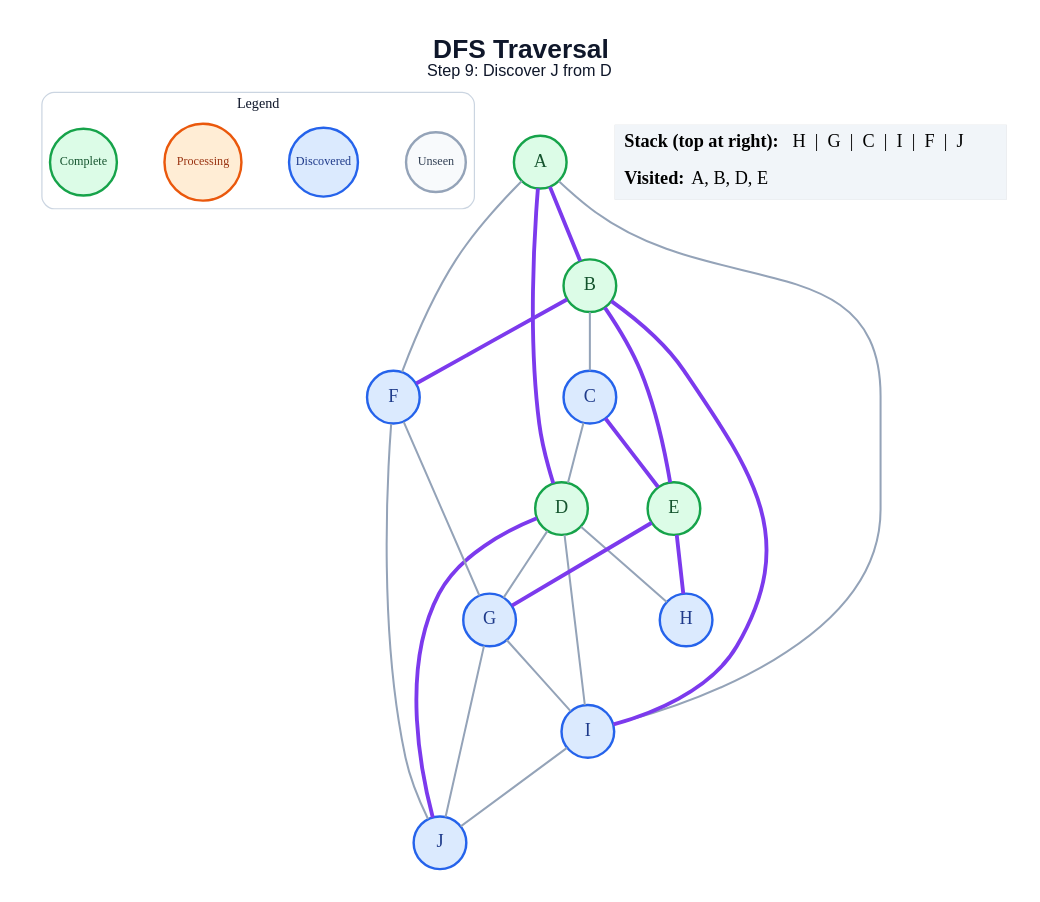
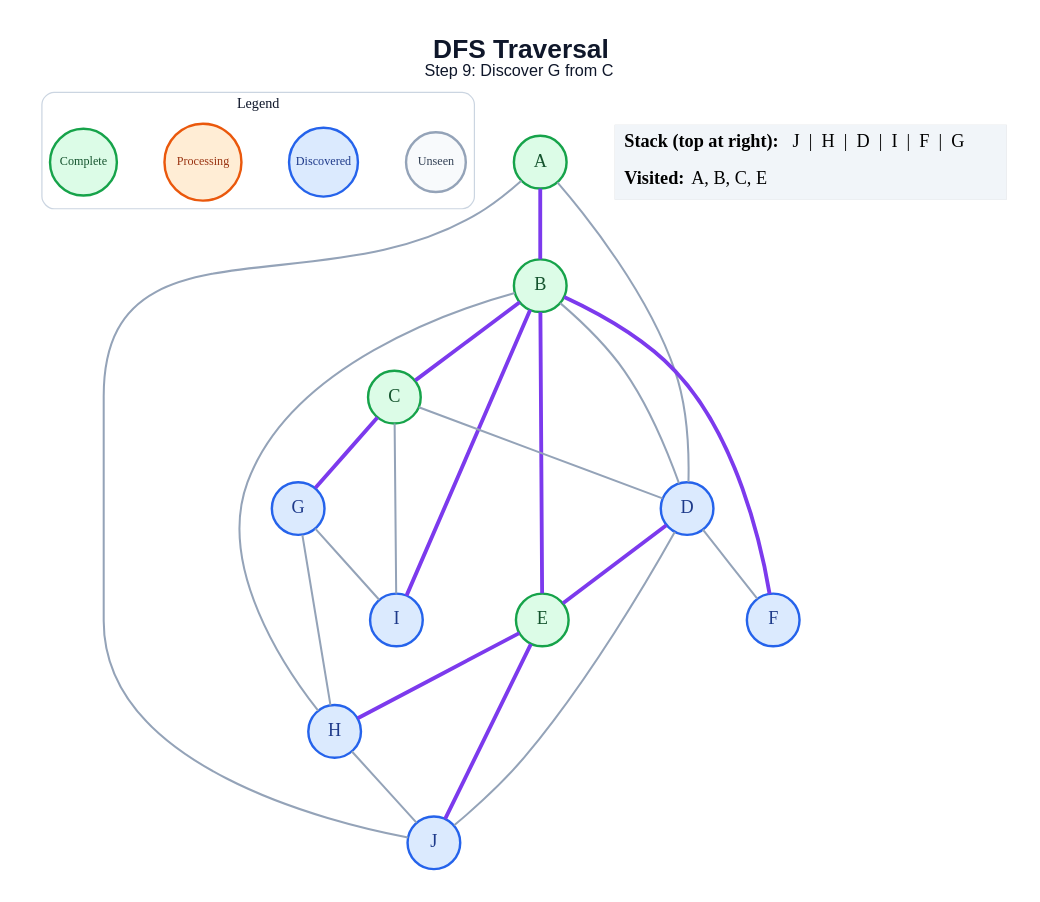
Before and after one commit to amanghodawala9/ai-slop: the diagram in generated/specific-node/dfs/step_09.dot, drawn with Graphviz. The commit also changed 178 other files, not shown here.

```diff
--- a/generated/specific-node/dfs/step_09.dot
+++ b/generated/specific-node/dfs/step_09.dot
@@ -1,50 +1,49 @@
 graph traversal {
   graph [layout=dot, rankdir=TB, bgcolor="#FFFFFF", pad="0.35", nodesep="0.65", ranksep="0.8", fontname="Arial"];
   node [shape=circle, style="filled", fontname="Arial Bold", fontsize=18, width=0.72, fixedsize=true, penwidth=2.4];
   edge [color="#94A3B8", penwidth=2.0];
-  label=<<B>DFS Traversal</B><BR/><FONT POINT-SIZE="16">Step 9: Discover J from D</FONT>>; labelloc="t"; fontsize=26; fontname="Arial"; fontcolor="#0F172A";
+  label=<<B>DFS Traversal</B><BR/><FONT POINT-SIZE="16">Step 9: Discover G from C</FONT>>; labelloc="t"; fontsize=26; fontname="Arial"; fontcolor="#0F172A";
   subgraph cluster_legend { label="Legend"; color="#CBD5E1"; penwidth=1.2; style="rounded"; fontsize=14; fontname="Arial Bold";
     key_unseen [label="Unseen", fillcolor="#F8FAFC", color="#94A3B8", fontcolor="#334155", fontsize=12, width=0.82];
     key_frontier [label="Discovered", fillcolor="#DBEAFE", color="#2563EB", fontcolor="#1E3A8A", fontsize=12, width=0.95];
     key_current [label="Processing", fillcolor="#FFEDD5", color="#EA580C", fontcolor="#9A3412", fontsize=12, width=1.05];
     key_done [label="Complete", fillcolor="#DCFCE7", color="#16A34A", fontcolor="#14532D", fontsize=12, width=0.92];
     { rank=same; key_unseen; key_frontier; key_current; key_done; }
   }
   A [fillcolor="#DCFCE7", color="#16A34A", fontcolor="#14532D"];
   B [fillcolor="#DCFCE7", color="#16A34A", fontcolor="#14532D"];
-  C [fillcolor="#DBEAFE", color="#2563EB", fontcolor="#1E3A8A"];
-  D [fillcolor="#DCFCE7", color="#16A34A", fontcolor="#14532D"];
+  C [fillcolor="#DCFCE7", color="#16A34A", fontcolor="#14532D"];
+  D [fillcolor="#DBEAFE", color="#2563EB", fontcolor="#1E3A8A"];
   E [fillcolor="#DCFCE7", color="#16A34A", fontcolor="#14532D"];
   F [fillcolor="#DBEAFE", color="#2563EB", fontcolor="#1E3A8A"];
   G [fillcolor="#DBEAFE", color="#2563EB", fontcolor="#1E3A8A"];
   H [fillcolor="#DBEAFE", color="#2563EB", fontcolor="#1E3A8A"];
   I [fillcolor="#DBEAFE", color="#2563EB", fontcolor="#1E3A8A"];
   J [fillcolor="#DBEAFE", color="#2563EB", fontcolor="#1E3A8A"];
   A -- B [color="#7C3AED", penwidth=3.8];
-  A -- D [color="#7C3AED", penwidth=3.8];
-  A -- F;
-  A -- I;
-  B -- C;
+  A -- D;
+  A -- J;
+  B -- C [color="#7C3AED", penwidth=3.8];
+  B -- D;
   B -- E [color="#7C3AED", penwidth=3.8];
   B -- F [color="#7C3AED", penwidth=3.8];
+  B -- H;
   B -- I [color="#7C3AED", penwidth=3.8];
   C -- D;
-  C -- E [color="#7C3AED", penwidth=3.8];
-  D -- G;
-  D -- H;
-  D -- I;
-  D -- J [color="#7C3AED", penwidth=3.8];
-  E -- G [color="#7C3AED", penwidth=3.8];
+  C -- G [color="#7C3AED", penwidth=3.8];
+  C -- I;
+  D -- E [color="#7C3AED", penwidth=3.8];
+  D -- F;
+  D -- J;
   E -- H [color="#7C3AED", penwidth=3.8];
-  F -- G;
-  F -- J;
+  E -- J [color="#7C3AED", penwidth=3.8];
+  G -- H;
   G -- I;
-  G -- J;
-  I -- J;
+  H -- J;
   status [shape=plain, fixedsize=false, width=0, height=0, margin=0, label=<
     <TABLE BORDER="0" CELLBORDER="0" CELLPADDING="7" BGCOLOR="#F1F5F9">
-      <TR><TD ALIGN="LEFT"><B>Stack (top at right):</B> H  |  G  |  C  |  I  |  F  |  J</TD></TR>
-      <TR><TD ALIGN="LEFT"><B>Visited:</B> A, B, D, E</TD></TR>
+      <TR><TD ALIGN="LEFT"><B>Stack (top at right):</B> J  |  H  |  D  |  I  |  F  |  G</TD></TR>
+      <TR><TD ALIGN="LEFT"><B>Visited:</B> A, B, C, E</TD></TR>
     </TABLE>
   >];
 }
```
